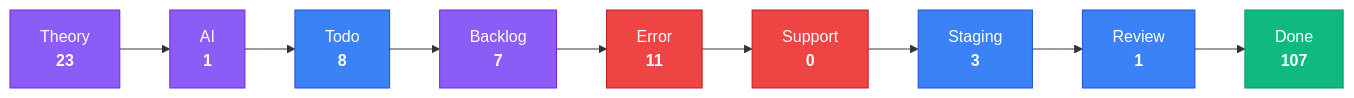
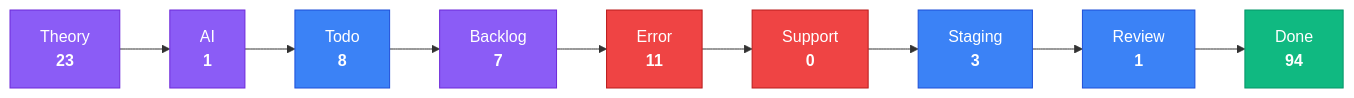
One commit to KBVE/kbve changed the third of 4 diagrams in apps/kbve/astro-kbve/src/content/docs/dashboard/kanban-data.mdx. Above: the diagram before and after it, drawn with Mermaid. The commit also changed other lines of this file and 7 other files, not shown here.

````diff
--- a/apps/kbve/astro-kbve/src/content/docs/dashboard/kanban-data.mdx
+++ b/apps/kbve/astro-kbve/src/content/docs/dashboard/kanban-data.mdx
@@ -80,28 +80,28 @@
 ```mermaid
 flowchart LR
     classDef planning fill:#8b5cf6,stroke:#6d28d9,color:#fff
     classDef active fill:#3b82f6,stroke:#1d4ed8,color:#fff
     classDef blocked fill:#ef4444,stroke:#b91c1c,color:#fff
     classDef done fill:#10b981,stroke:#059669,color:#fff
     Theory["Theory<br/><strong>23</strong>"]
     Theory --> AI
     AI["AI<br/><strong>1</strong>"]
     AI --> Todo
     Todo["Todo<br/><strong>8</strong>"]
     Todo --> Backlog
     Backlog["Backlog<br/><strong>7</strong>"]
     Backlog --> Error
     Error["Error<br/><strong>11</strong>"]
     Error --> Support
     Support["Support<br/><strong>0</strong>"]
     Support --> Staging
     Staging["Staging<br/><strong>3</strong>"]
     Staging --> Review
     Review["Review<br/><strong>1</strong>"]
     Review --> Done
-    Done["Done<br/><strong>107</strong>"]
+    Done["Done<br/><strong>94</strong>"]
     class Theory,AI,Backlog planning
     class Todo,Staging,Review active
     class Error,Support blocked
     class Done done
 ```
````
